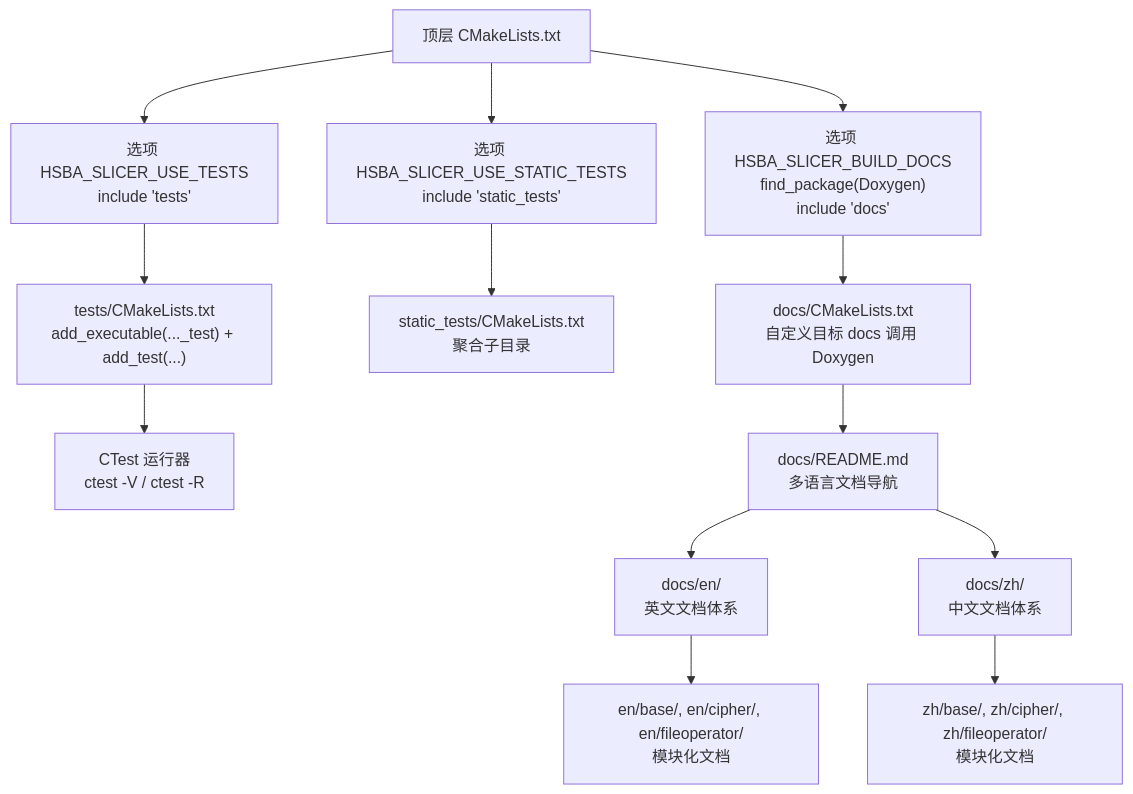
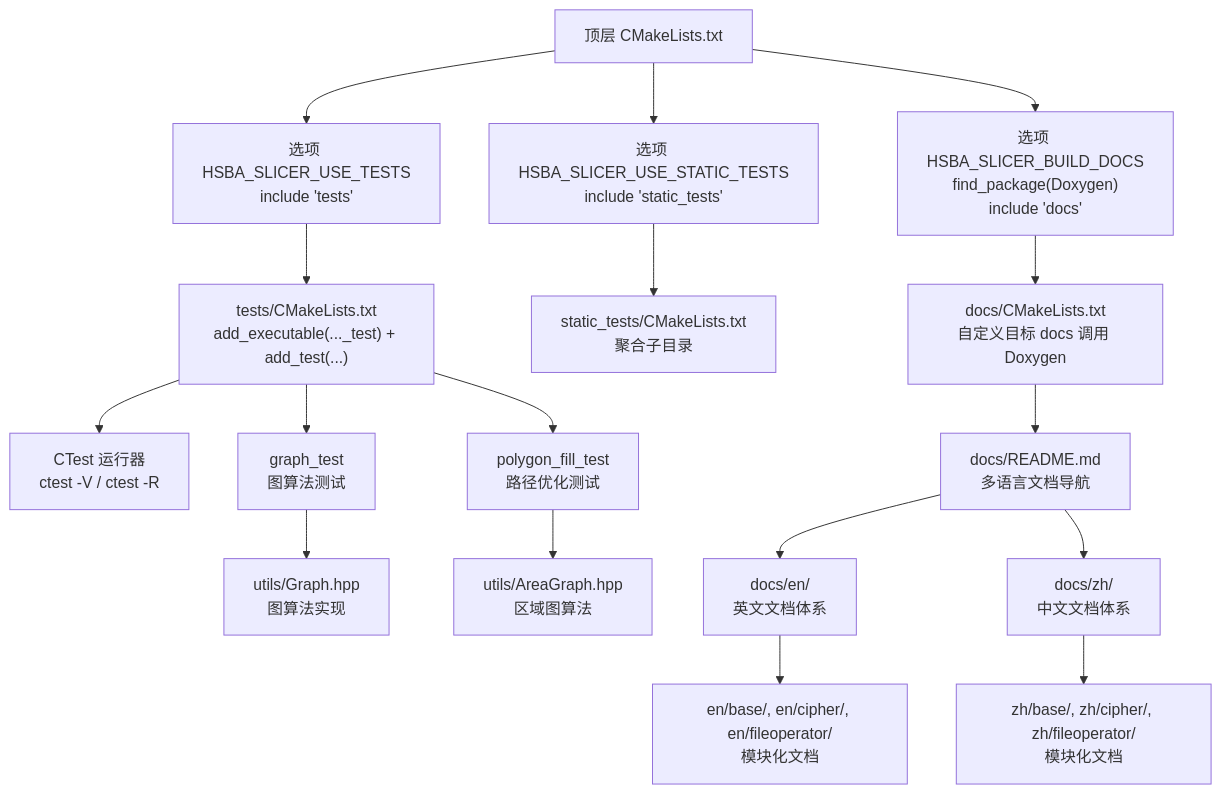
One commit to hsmbanlance/HsBaSlicer changed the second of 10 diagrams in .qoder/repowiki/zh/content/测试与调试/测试与文档基础设施.md. Above: the diagram before and after it, drawn with Mermaid. The commit also changed other lines of this file and 11 other files, not shown here.

````diff
--- a/.qoder/repowiki/zh/content/测试与调试/测试与文档基础设施.md
+++ b/.qoder/repowiki/zh/content/测试与调试/测试与文档基础设施.md
@@ -120,15 +134,19 @@
 ```mermaid
 graph TB
 A["顶层 CMakeLists.txt"] --> B["选项 HSBA_SLICER_USE_TESTS<br/>include 'tests'"]
 A --> C["选项 HSBA_SLICER_USE_STATIC_TESTS<br/>include 'static_tests'"]
 A --> D["选项 HSBA_SLICER_BUILD_DOCS<br/>find_package(Doxygen)<br/>include 'docs'"]
 B --> E["tests/CMakeLists.txt<br/>add_executable(..._test) + add_test(...)"]
 E --> F["CTest 运行器<br/>ctest -V / ctest -R <name>"]
 C --> G["static_tests/CMakeLists.txt<br/>聚合子目录"]
 D --> H["docs/CMakeLists.txt<br/>自定义目标 docs 调用 Doxygen"]
 H --> I["docs/README.md<br/>多语言文档导航"]
 I --> J["docs/en/<br/>英文文档体系"]
 I --> K["docs/zh/<br/>中文文档体系"]
 J --> L["en/base/, en/cipher/, en/fileoperator/<br/>模块化文档"]
 K --> M["zh/base/, zh/cipher/, zh/fileoperator/<br/>模块化文档"]
+E --> N["graph_test<br/>图算法测试"]
+E --> O["polygon_fill_test<br/>路径优化测试"]
+N --> P["utils/Graph.hpp<br/>图算法实现"]
+O --> Q["utils/AreaGraph.hpp<br/>区域图算法"]
 ```
````
